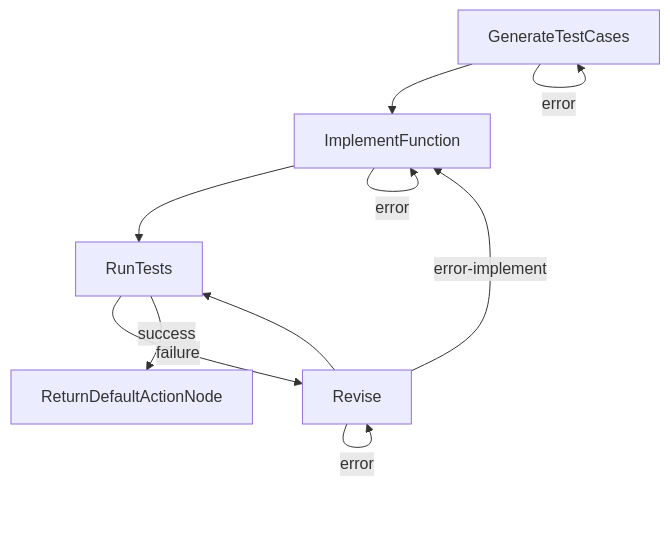
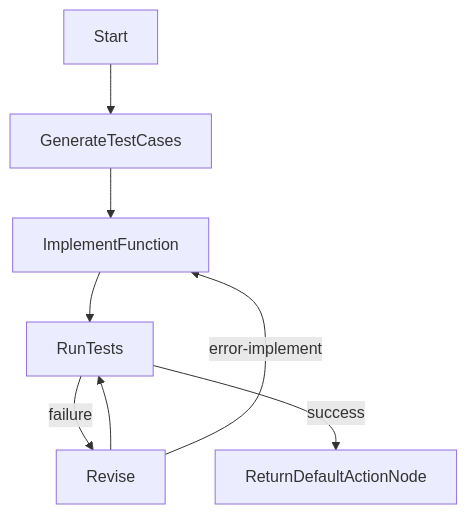
One commit to jimkk159/test-creater changed the second of 2 diagrams in README.md. Above: the diagram before and after it, drawn with Mermaid. The commit also changed other lines of this file, not shown here.

````diff
--- a/README.md
+++ b/README.md
@@ -33,10 +33,7 @@
 ```mermaid
 flowchart TD
-    G[GenerateTestCases] --> H[ImplementFunction] --> I[RunTests]
-    I -- failure --> J[Revise] --> I
-    I -- success --> K[ReturnDefaultActionNode]
-    J -- error-implement --> H
-    G -- error --> G
-    H -- error --> H
-    J -- error --> J
+    G[Start] --> H[GenerateTestCases] --> I[ImplementFunction] --> J[RunTests]
+    J -- failure --> K[Revise] --> J
+    J -- success --> L[ReturnDefaultActionNode]
+    K -- error-implement --> I
 ```
````
